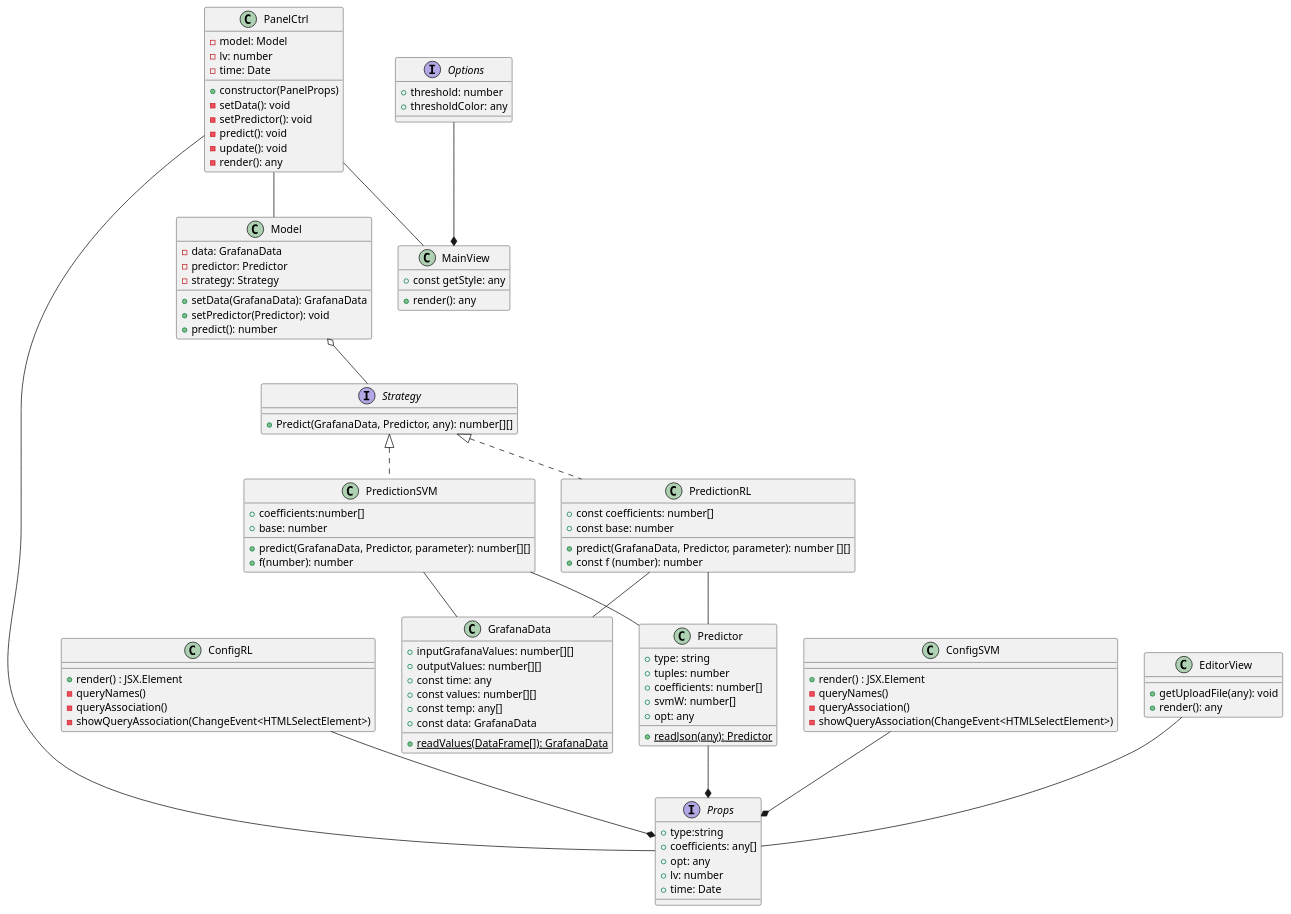
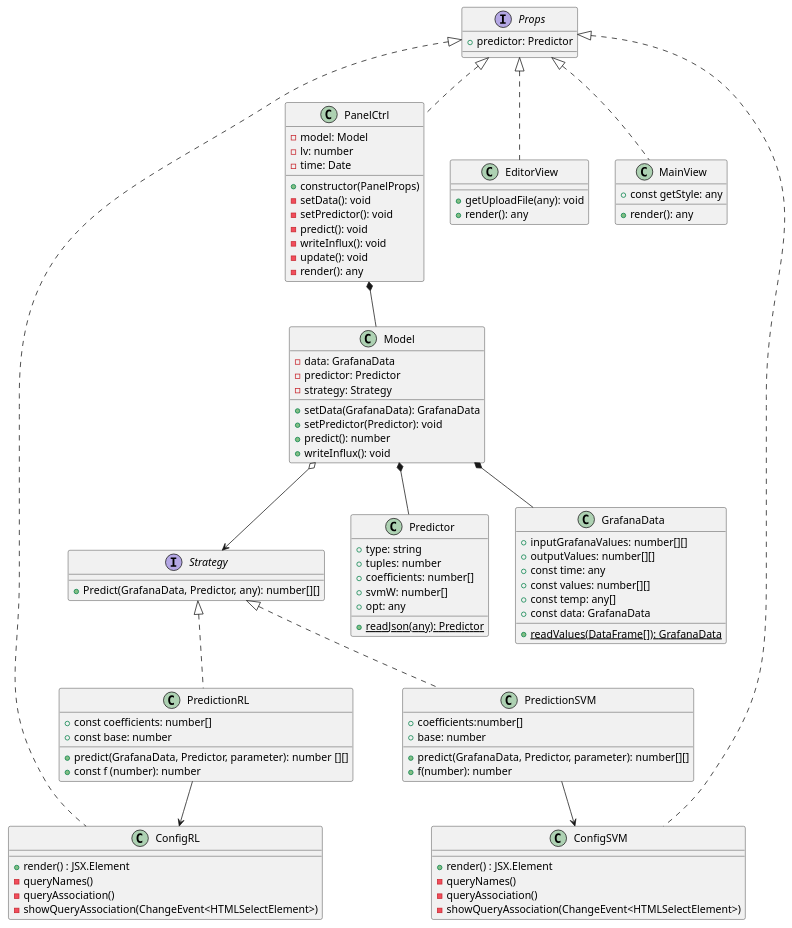
Before and after one commit to sofiabononi/project-docs: the diagram in esterni/diagrammi/diagrammi-grafana-plugin/src/classDiagram.plantuml, drawn with PlantUML. The commit also changed 10 other files, not shown here.

Commit message:
docs: correggi diagrammi plugin

```diff
--- a/esterni/diagrammi/diagrammi-grafana-plugin/src/classDiagram.plantuml
+++ b/esterni/diagrammi/diagrammi-grafana-plugin/src/classDiagram.plantuml
@@ -1,139 +1,110 @@
 @startuml GrafanaClasses
-
-class ConfigRL{
-    + render() : JSX.Element
-    - queryNames()
-    - queryAssociation()
-    - showQueryAssociation(ChangeEvent<HTMLSelectElement>)
-}
-
-class ConfigSVM{
-     + render() : JSX.Element
-    - queryNames()
-    - queryAssociation()
-    - showQueryAssociation(ChangeEvent<HTMLSelectElement>)
-}
-
 
 interface Strategy{
     + Predict(GrafanaData, Predictor, any): number[][]
 }
-
-
 
 
 class PredictionRL implements Strategy{
     + const coefficients: number[]
     + const base: number
     + predict(GrafanaData, Predictor, parameter): number [][]
     + const f (number): number
   
 }
 
 class PredictionSVM implements Strategy{
     + predict(GrafanaData, Predictor, parameter): number[][]
     + coefficients:number[]
     + base: number
     + f(number): number
 }
 
 
+class ConfigRL implements Props {
+    + render() : JSX.Element
+    - queryNames()
+    - queryAssociation()
+    - showQueryAssociation(ChangeEvent<HTMLSelectElement>)
+}
+
+class ConfigSVM implements Props {
+     + render() : JSX.Element
+    - queryNames()
+    - queryAssociation()
+    - showQueryAssociation(ChangeEvent<HTMLSelectElement>)
+}
+
+
+
+
+
 class Model{
     - data: GrafanaData
     - predictor: Predictor 
     - strategy: Strategy
     + setData(GrafanaData): GrafanaData
     + setPredictor(Predictor): void
     + predict(): number
+    + writeInflux(): void
 
 }
 
 class GrafanaData{
     + inputGrafanaValues: number[][]
     + outputValues: number[][]
     + {static} readValues(DataFrame[]): GrafanaData
     + const time: any
     + const values: number[][]
     + const temp: any[]
     + const data: GrafanaData
 
 }
 
 class Predictor{
     + type: string
     + tuples: number
     + coefficients: number[]
     + svmW: number[]
     + opt: any
     + {static} readJson(any): Predictor
 }
 
-interface Options{
-    + threshold: number
-    + thresholdColor: any
-}
-
-class EditorView{
+class EditorView implements Props{
     + getUploadFile(any): void
     + render(): any
 }
 
 
 interface Props{
-    + type:string
-    + coefficients: any[]
-    + opt: any
-    + lv: number
-    + time: Date
+    + predictor: Predictor
 
 }
-class MainView{
+class MainView implements Props {
     + render(): any
     + const getStyle: any
 }
 
-class PanelCtrl{
+class PanelCtrl implements Props {
     - model: Model
     - lv: number
     - time: Date
     + constructor(PanelProps)
     - setData(): void
     - setPredictor(): void
     - predict(): void
+    - writeInflux(): void
     - update(): void
     - render(): any
 
 }
 
-ConfigRL--*Props
-ConfigSVM--*Props
-Predictor--*Props
+Model o--> Strategy
+PanelCtrl*--Model
 
-
-
-
-PredictionRL--GrafanaData
-PredictionRL--Predictor
-
-PredictionSVM--GrafanaData
-PredictionSVM--Predictor
-
-
-
-Model o--Strategy
-
-EditorView--Props
-
-
-
-PanelCtrl--Model
-PanelCtrl--MainView
-PanelCtrl--Props
-
-
-
-
-
-Options--*MainView
+PredictionRL-->ConfigRL
+PredictionSVM-->ConfigSVM
+Model*--Predictor
+Model*--GrafanaData
 
 @enduml
```
